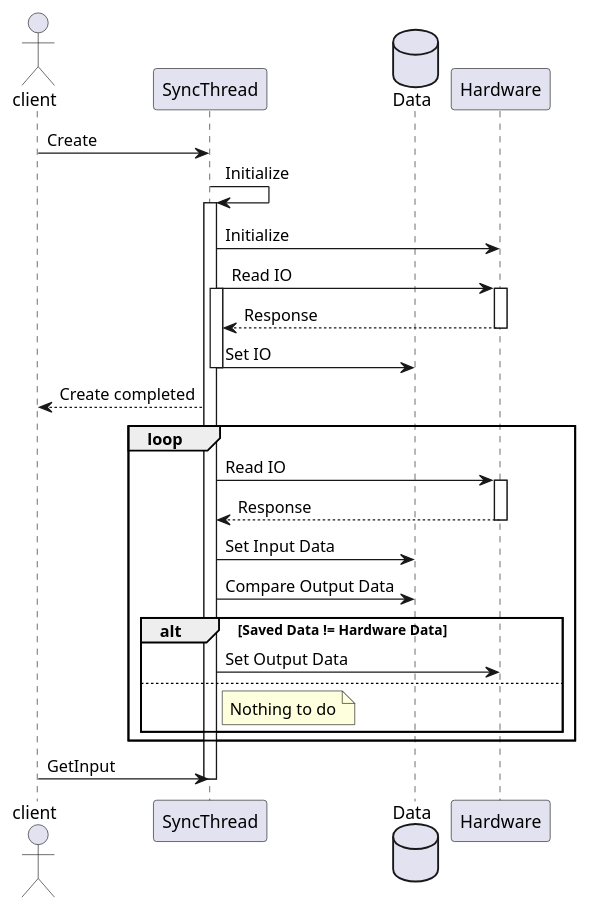
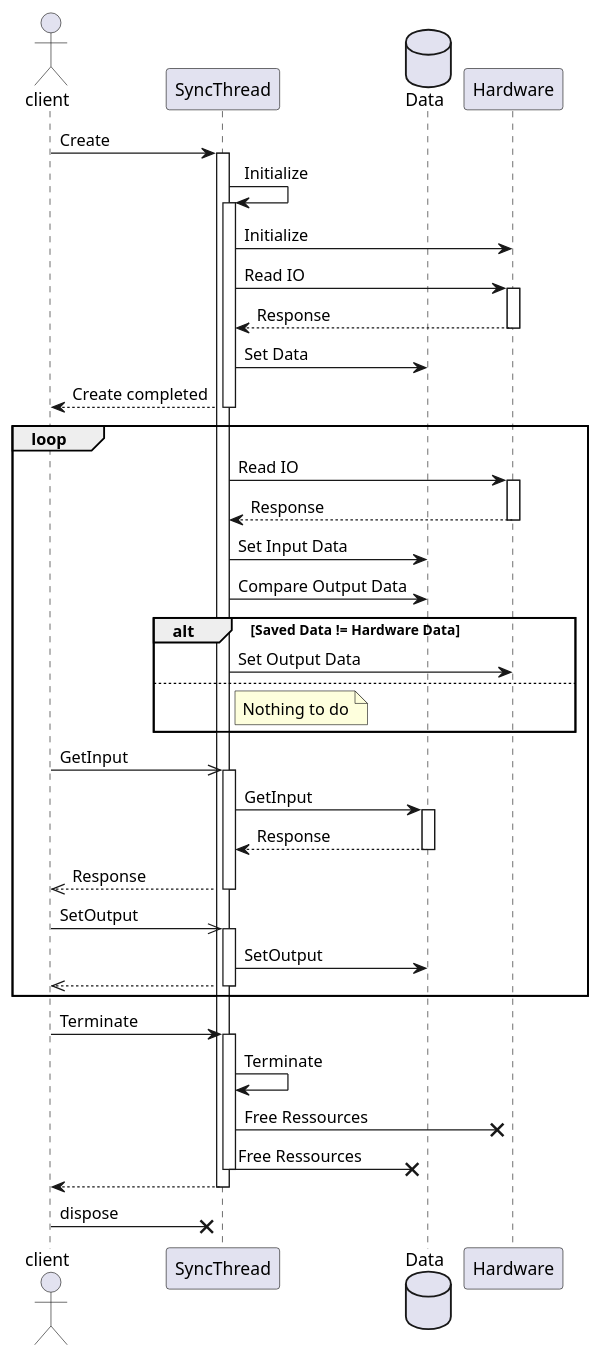
The diagram in UML/IO-Syncronization.puml (Klaus-fischer/RaspiSPS), drawn with PlantUML before and after one commit.

```diff
--- a/UML/IO-Syncronization.puml
+++ b/UML/IO-Syncronization.puml
@@ -1,39 +1,69 @@
 @startuml
 actor client
 participant SyncThread
 database Data
 participant Hardware
 client -> SyncThread : Create
+activate SyncThread
 SyncThread -> SyncThread : Initialize
 activate SyncThread
 SyncThread -> Hardware : Initialize
+
+
 SyncThread -> Hardware : Read IO
-activate SyncThread
 activate Hardware
 SyncThread <-- Hardware : Response
 deactivate Hardware
-SyncThread -> Data : Set IO
+SyncThread -> Data : Set Data
+client <-- SyncThread : Create completed 
 deactivate SyncThread
-client <-- SyncThread : Create completed 
 
 loop
 	SyncThread -> Hardware : Read IO
 	activate Hardware
 	SyncThread <-- Hardware : Response
 	deactivate Hardware
 	SyncThread -> Data: Set Input Data
 	SyncThread -> Data: Compare Output Data
 
 	alt Saved Data != Hardware Data
 		SyncThread -> Hardware : Set Output Data
 	else
 		note right of SyncThread
 			Nothing to do
 		end note
 	end
+    
+	client ->> SyncThread : GetInput
+	activate SyncThread
+	SyncThread -> Data : GetInput
+	activate Data
+	SyncThread <-- Data : Response
+	deactivate Data
+	client <<-- SyncThread: Response
+	deactivate SyncThread
+    
+	client ->> SyncThread : SetOutput
+	activate SyncThread
+	SyncThread -> Data : SetOutput
+
+	
+	client <<-- SyncThread
+	deactivate SyncThread
+
 end
 
-client -> SyncThread : GetInput
+client -> SyncThread : Terminate
+activate SyncThread
+SyncThread -> SyncThread : Terminate
+
+SyncThread -x Hardware : Free Ressources
+SyncThread -x Data : Free Ressources
 
 deactivate SyncThread
+client <-- SyncThread
+deactivate SyncThread
+deactivate SyncThread
+
+client -x SyncThread : dispose
 @enduml
```
